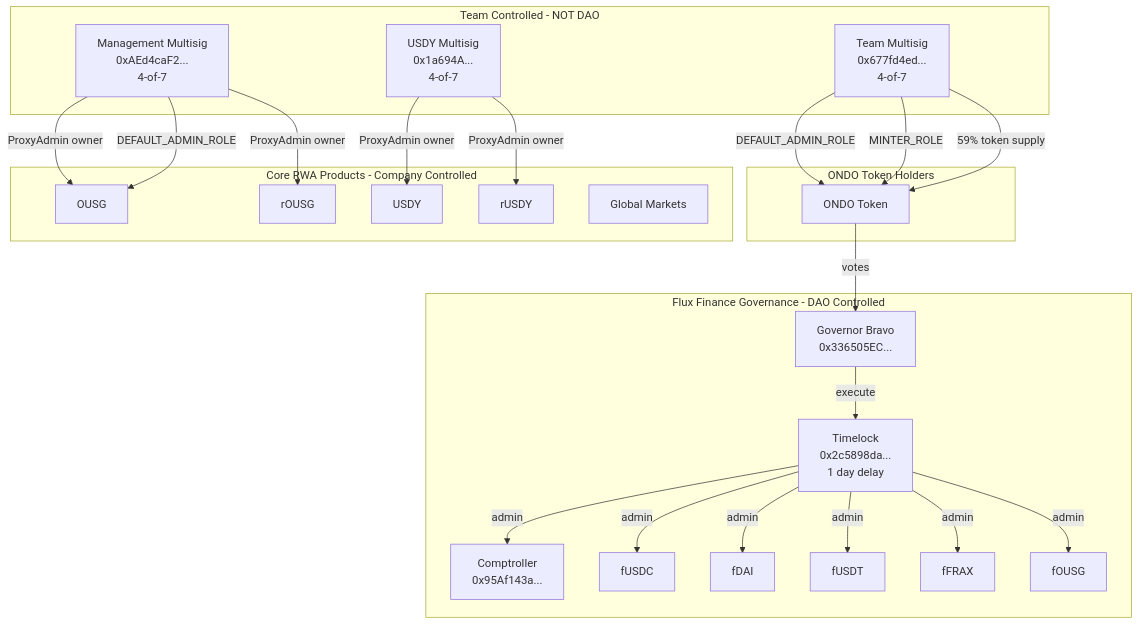
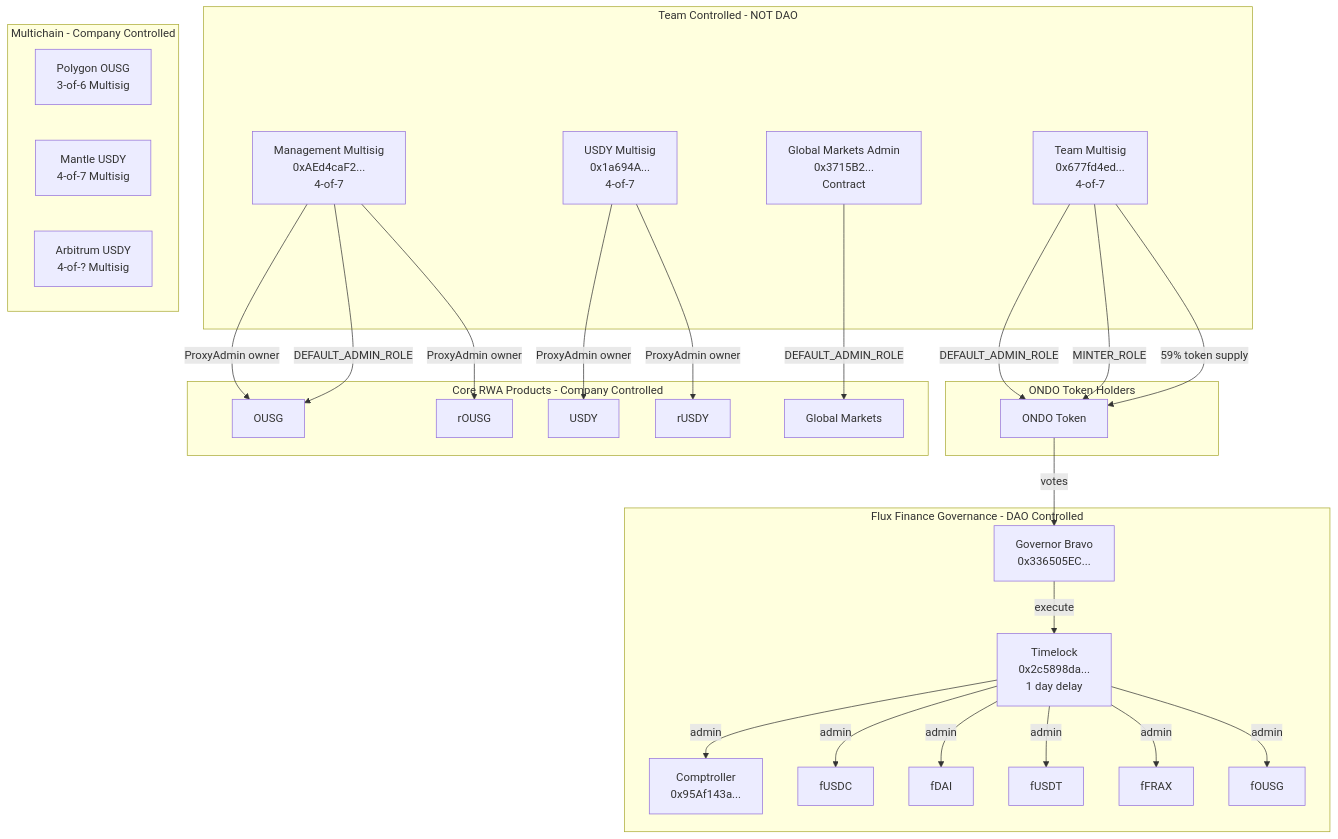
Before and after one commit to aragon/ownership-token-framework: the diagram in research/ondo-research.md, drawn with Mermaid. The commit also changed other lines of this file, not shown here.

````diff
--- a/research/ondo-research.md
+++ b/research/ondo-research.md
@@ -556,51 +671,60 @@
 ```mermaid
 graph TD
     subgraph "ONDO Token Holders"
         ONDO[ONDO Token]
     end
 
     subgraph "Flux Finance Governance - DAO Controlled"
         GOV[Governor Bravo<br/>0x336505EC...]
         TL[Timelock<br/>0x2c5898da...<br/>1 day delay]
         COMP[Comptroller<br/>0x95Af143a...]
         FUSDC[fUSDC]
         FDAI[fDAI]
         FUSDT[fUSDT]
         FFRAX[fFRAX]
         FOUSG[fOUSG]
     end
 
     subgraph "Team Controlled - NOT DAO"
         TEAM_MS[Team Multisig<br/>0x677fd4ed...<br/>4-of-7]
         MGMT_MS[Management Multisig<br/>0xAEd4caF2...<br/>4-of-7]
         USDY_MS[USDY Multisig<br/>0x1a694A...<br/>4-of-7]
+        GM_ADMIN[Global Markets Admin<br/>0x3715B2...<br/>Contract]
     end
 
     subgraph "Core RWA Products - Company Controlled"
         OUSG[OUSG]
-        RUSSG[rOUSG]
+        ROUSG[rOUSG]
         USDY[USDY]
         RUSDY[rUSDY]
         GM[Global Markets]
+    end
+
+    subgraph "Multichain - Company Controlled"
+        POLY_OUSG[Polygon OUSG<br/>3-of-6 Multisig]
+        MNT_USDY[Mantle USDY<br/>4-of-7 Multisig]
+        ARB_USDY[Arbitrum USDY<br/>4-of-? Multisig]
     end
 
     ONDO --> |votes| GOV
     GOV --> |execute| TL
     TL --> |admin| COMP
     TL --> |admin| FUSDC
     TL --> |admin| FDAI
     TL --> |admin| FUSDT
     TL --> |admin| FFRAX
     TL --> |admin| FOUSG
 
     TEAM_MS --> |DEFAULT_ADMIN_ROLE| ONDO
     TEAM_MS --> |MINTER_ROLE| ONDO
     TEAM_MS --> |59% token supply| ONDO
 
     MGMT_MS --> |ProxyAdmin owner| OUSG
     MGMT_MS --> |DEFAULT_ADMIN_ROLE| OUSG
-    MGMT_MS --> |ProxyAdmin owner| RUSSG
+    MGMT_MS --> |ProxyAdmin owner| ROUSG
 
     USDY_MS --> |ProxyAdmin owner| USDY
     USDY_MS --> |ProxyAdmin owner| RUSDY
+
+    GM_ADMIN --> |DEFAULT_ADMIN_ROLE| GM
 ```
````
